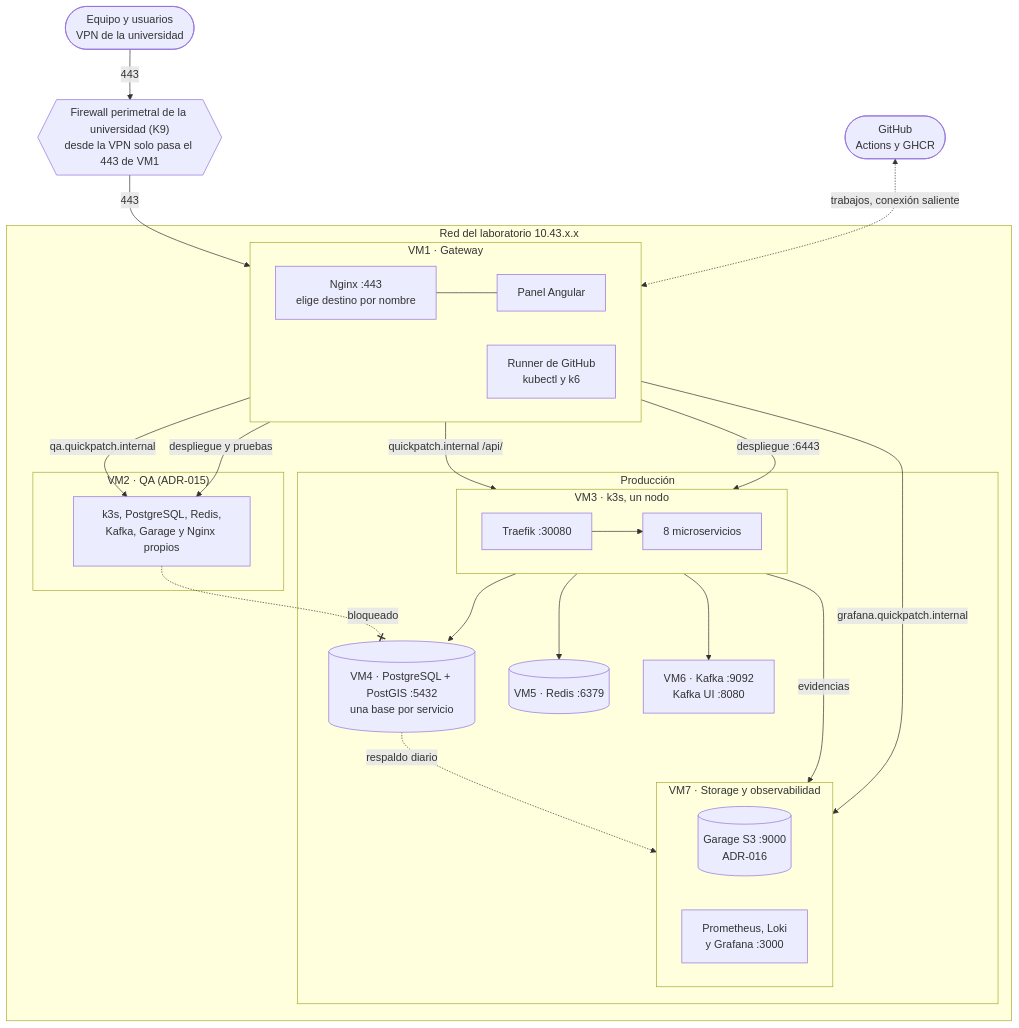
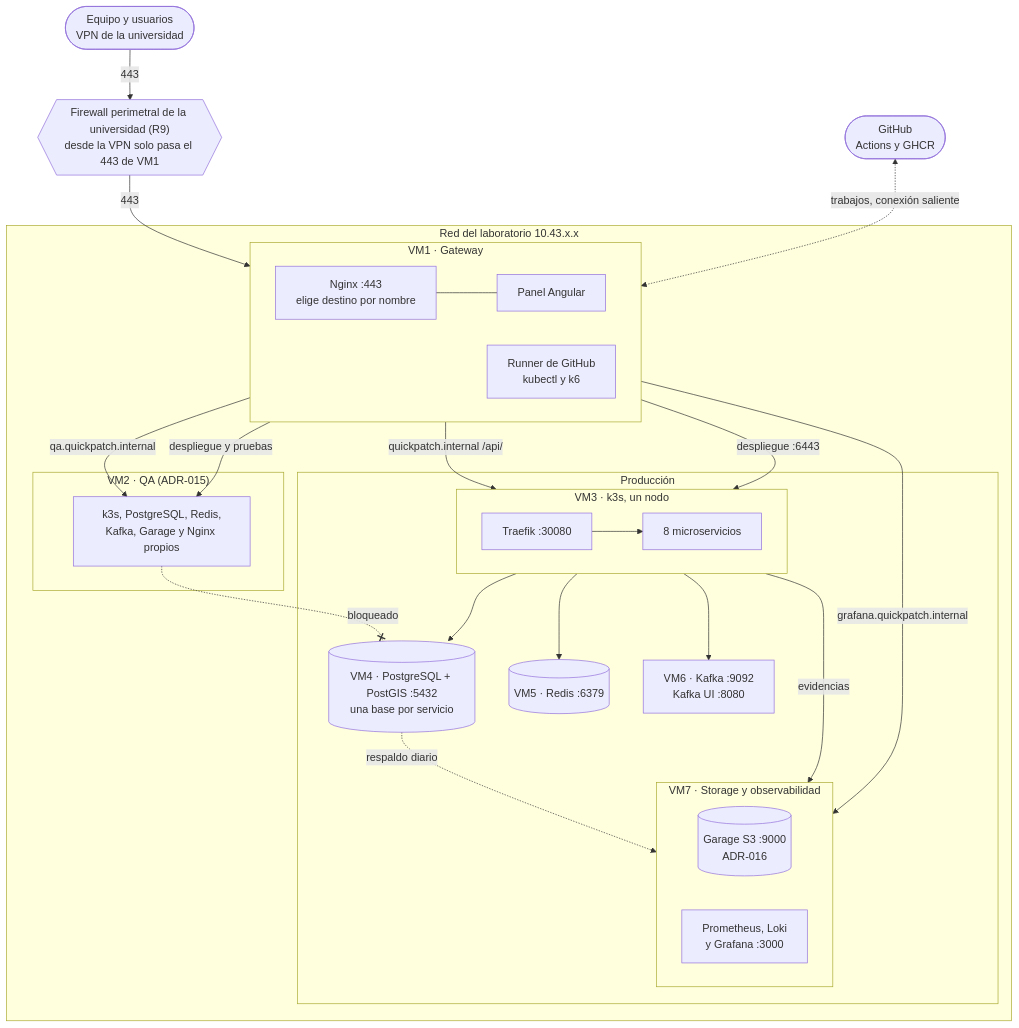
Before and after one commit to ARQUI-202630/quickpatch: the first of 4 diagrams in docs/infrastructure/INFRASTRUCTURE.md, drawn with Mermaid. The commit also changed other lines of this file and 7 other files, not shown here.

````diff
--- a/docs/infrastructure/INFRASTRUCTURE.md
+++ b/docs/infrastructure/INFRASTRUCTURE.md
@@ -49,47 +49,47 @@
 ```mermaid
 flowchart TB
     EQ(["Equipo y usuarios<br/>VPN de la universidad"])
-    PERIM{{"Firewall perimetral de la universidad (K9)<br/>desde la VPN solo pasa el 443 de VM1"}}
+    PERIM{{"Firewall perimetral de la universidad (R9)<br/>desde la VPN solo pasa el 443 de VM1"}}
     GH(["GitHub<br/>Actions y GHCR"])
 
     subgraph LAB["Red del laboratorio 10.43.x.x"]
         subgraph VM1["VM1 · Gateway"]
             direction LR
             NGX["Nginx :443<br/>elige destino por nombre"]
             PANEL["Panel Angular"]
             RUN["Runner de GitHub<br/>kubectl y k6"]
         end
         subgraph PROD["Producción"]
             subgraph VM3["VM3 · k3s, un nodo"]
                 direction LR
                 TRF["Traefik :30080"] --> MS["8 microservicios"]
             end
             PG[("VM4 · PostgreSQL + PostGIS :5432<br/>una base por servicio")]
             RD[("VM5 · Redis :6379")]
             KF["VM6 · Kafka :9092<br/>Kafka UI :8080"]
             subgraph VM7["VM7 · Storage y observabilidad"]
                 direction LR
                 GAR[("Garage S3 :9000<br/>ADR-016")]
                 OBS["Prometheus, Loki<br/>y Grafana :3000"]
             end
         end
         subgraph VM2["VM2 · QA (ADR-015)"]
             QA["k3s, PostgreSQL, Redis,<br/>Kafka, Garage y Nginx propios"]
         end
     end
 
     EQ -->|"443"| PERIM -->|"443"| NGX
     NGX --- PANEL
     NGX -->|"quickpatch.internal /api/"| TRF
     NGX -->|"qa.quickpatch.internal"| QA
     NGX -->|"grafana.quickpatch.internal"| OBS
     MS --> PG
     MS --> RD
     MS --> KF
     MS -->|"evidencias"| GAR
     PG -.->|"respaldo diario"| GAR
     RUN -->|"despliegue :6443"| TRF
     RUN -->|"despliegue y pruebas"| QA
     GH <-.->|"trabajos, conexión saliente"| RUN
     QA -. "bloqueado" .-x PG
 ```
````
